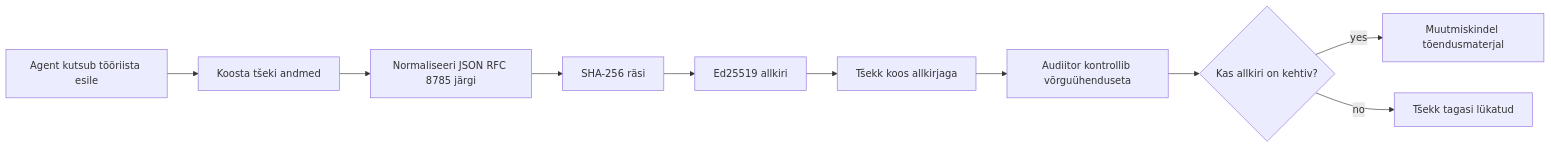
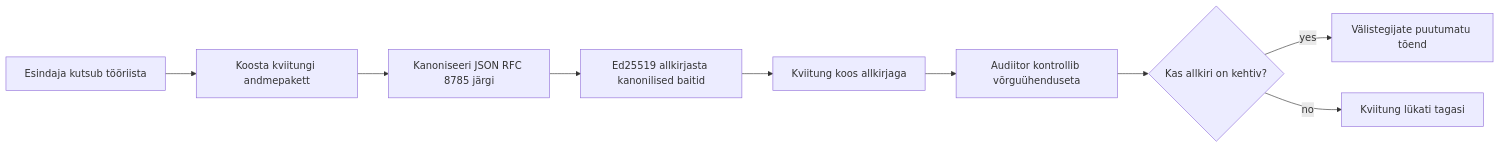
The first of 2 diagrams in mirrors/repos/microsoft@ai-agents-for-beginners/translations/et/18-securing-ai-agents/README.md (gabrielmoreira/agent-skills-mirror), drawn with Mermaid before and after one commit. The commit also changed other lines of this file and 4262 other files, not shown here.

````diff
--- a/mirrors/repos/microsoft@ai-agents-for-beginners/translations/et/18-securing-ai-agents/README.md
+++ b/mirrors/repos/microsoft@ai-agents-for-beginners/translations/et/18-securing-ai-agents/README.md
@@ -51,12 +51,11 @@
 ```mermaid
 flowchart LR
-    A[Agent kutsub tööriista esile] --> B[Koosta tšeki andmed]
-    B --> C[Normaliseeri JSON RFC 8785 järgi]
-    C --> D[SHA-256 räsi]
-    D --> E[Ed25519 allkiri]
-    E --> F[Tšekk koos allkirjaga]
+    A[Esindaja kutsub tööriista] --> B[Koosta kviitungi andmepakett]
+    B --> C[Kanoniseeri JSON RFC 8785 järgi]
+    C --> E[Ed25519 allkirjasta kanonilised baitid]
+    E --> F[Kviitung koos allkirjaga]
     F --> G[Audiitor kontrollib võrguühenduseta]
     G --> H{Kas allkiri on kehtiv?}
-    H -- yes --> I[Muutmiskindel tõendusmaterjal]
-    H -- no --> J[Tšekk tagasi lükatud]
+    H -- yes --> I[Välistegijate puutumatu tõend]
+    H -- no --> J[Kviitung lükati tagasi]
 ```
````
